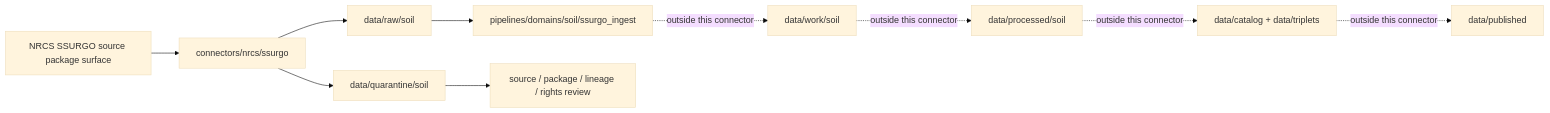
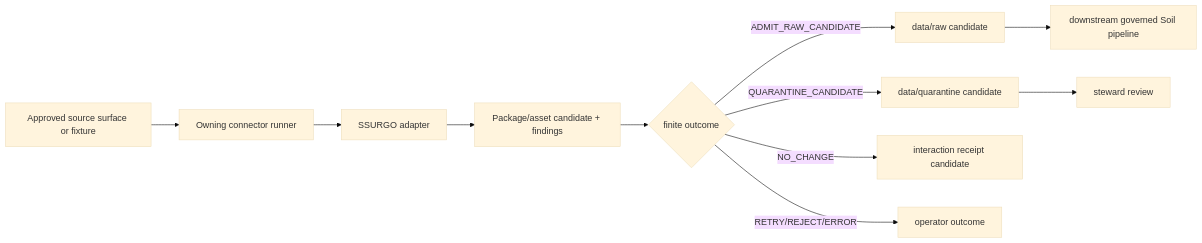
One commit to bartytime4life/Kansas-Frontier-Matrix changed the diagram in connectors/nrcs/ssurgo/README.md. Above: the diagram before and after it, drawn with Mermaid (base theme). The commit also changed other lines of this file, not shown here.

Commit message:
docs(connectors): ground nested NRCS SSURGO boundary

````diff
--- a/connectors/nrcs/ssurgo/README.md
+++ b/connectors/nrcs/ssurgo/README.md
@@ -140,12 +898,13 @@
 ```mermaid
 flowchart LR
-  SRC[NRCS SSURGO source package surface] --> CONN[connectors/nrcs/ssurgo]
-  CONN --> RAW[data/raw/soil]
-  CONN --> QUAR[data/quarantine/soil]
-  RAW --> PIPE[pipelines/domains/soil/ssurgo_ingest]
-  QUAR --> REVIEW[source / package / lineage / rights review]
-  PIPE -. outside this connector .-> WORK[data/work/soil]
-  WORK -. outside this connector .-> PROC[data/processed/soil]
-  PROC -. outside this connector .-> CAT[data/catalog + data/triplets]
-  CAT -. outside this connector .-> PUB[data/published]
+  SRC[Approved source surface or fixture] --> RUNNER[Owning connector runner]
+  RUNNER --> ADAPTER[SSURGO adapter]
+  ADAPTER --> MANIFEST[Package/asset candidate + findings]
+  MANIFEST --> DECIDE{finite outcome}
+  DECIDE -->|ADMIT_RAW_CANDIDATE| RAW[data/raw candidate]
+  DECIDE -->|QUARANTINE_CANDIDATE| QUAR[data/quarantine candidate]
+  DECIDE -->|NO_CHANGE| RECEIPT[interaction receipt candidate]
+  DECIDE -->|RETRY/REJECT/ERROR| OPS[operator outcome]
+  RAW --> PIPE[downstream governed Soil pipeline]
+  QUAR --> REVIEW[steward review]
 ```
````
